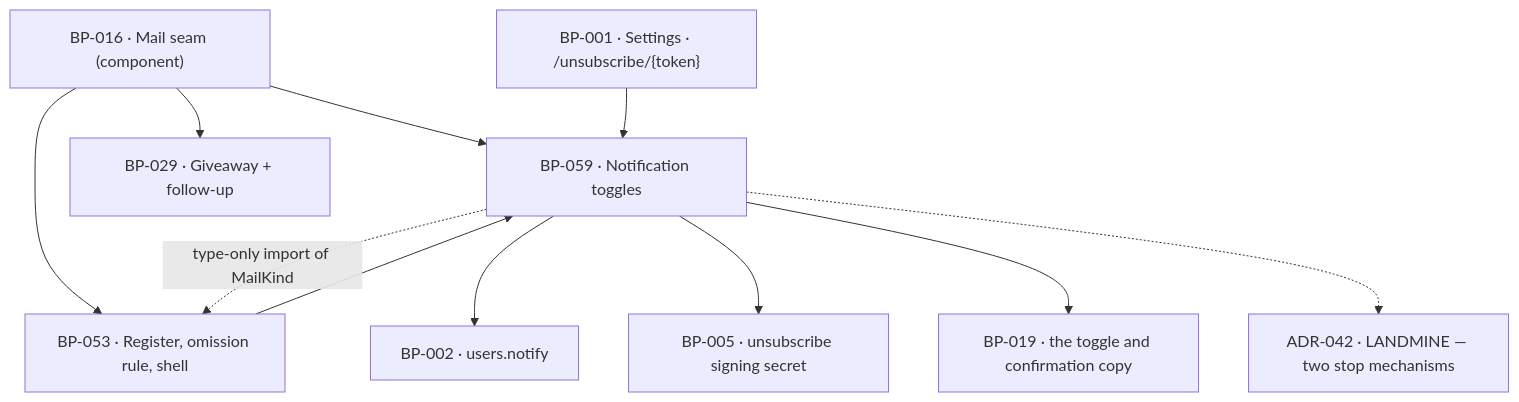
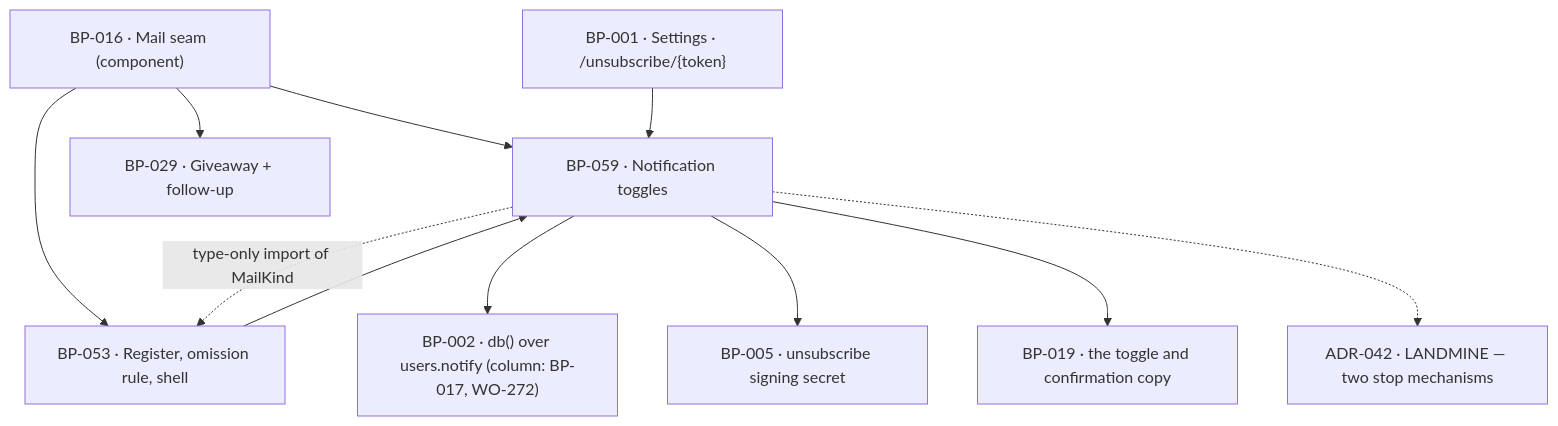
Before and after one commit to tim-clifford6991/reachkitv3: the diagram in sdlc-factory/docs/blueprints/BP-059.md, drawn with Mermaid. The commit also changed other lines of this file and 1 other file, not shown here.

First line of the commit message:
docs(BP-057, BP-059): cite BP-017's delta and WO-272 as the home of users.notify and sites.timezone; BP-057 owns the first-sign-in timezone write

````diff
--- a/sdlc-factory/docs/blueprints/BP-059.md
+++ b/sdlc-factory/docs/blueprints/BP-059.md
@@ -44,14 +44,14 @@
 ```mermaid
 graph TD
   BP016["BP-016 · Mail seam (component)"]
   BP016 --> BP059["BP-059 · Notification toggles"]
   BP016 --> BP053["BP-053 · Register, omission rule, shell"]
   BP016 --> BP029["BP-029 · Giveaway + follow-up"]
   BP001["BP-001 · Settings · /unsubscribe/{token}"] --> BP059
   BP053 --> BP059
   BP059 -. "type-only import of MailKind" .-> BP053
-  BP059 --> BP002["BP-002 · users.notify"]
+  BP059 --> BP002["BP-002 · db() over users.notify (column: BP-017, WO-272)"]
   BP059 --> BP005["BP-005 · unsubscribe signing secret"]
   BP059 --> BP019["BP-019 · the toggle and confirmation copy"]
   BP059 -.-> ADR042["ADR-042 · LANDMINE — two stop mechanisms"]
 ```
````
